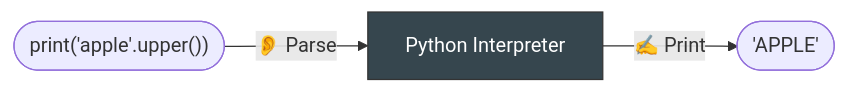
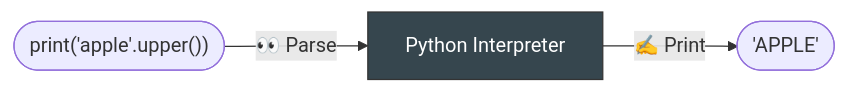
The second of 2 diagrams in docs/1-Getting-Started/01_language.md (ImAKappa/pftp), drawn with Mermaid before and after one commit. The commit also changed other lines of this file and 88 other files, not shown here.

````diff
--- a/docs/1-Getting-Started/01_language.md
+++ b/docs/1-Getting-Started/01_language.md
@@ -31,6 +31,6 @@
 ```mermaid
 flowchart LR
-    lang(["print('apple'.upper())"]) -- "👂 Parse" --> interp["Python Interpreter"]
+    lang(["print('apple'.upper())"]) -- "👀 Parse" --> interp["Python Interpreter"]
     interp["Python Interpreter"] -- "✍️ Print" --> result(["'APPLE'"])
     style interp fill:#36464e,stroke:#333,color:#fff
 ```
````
